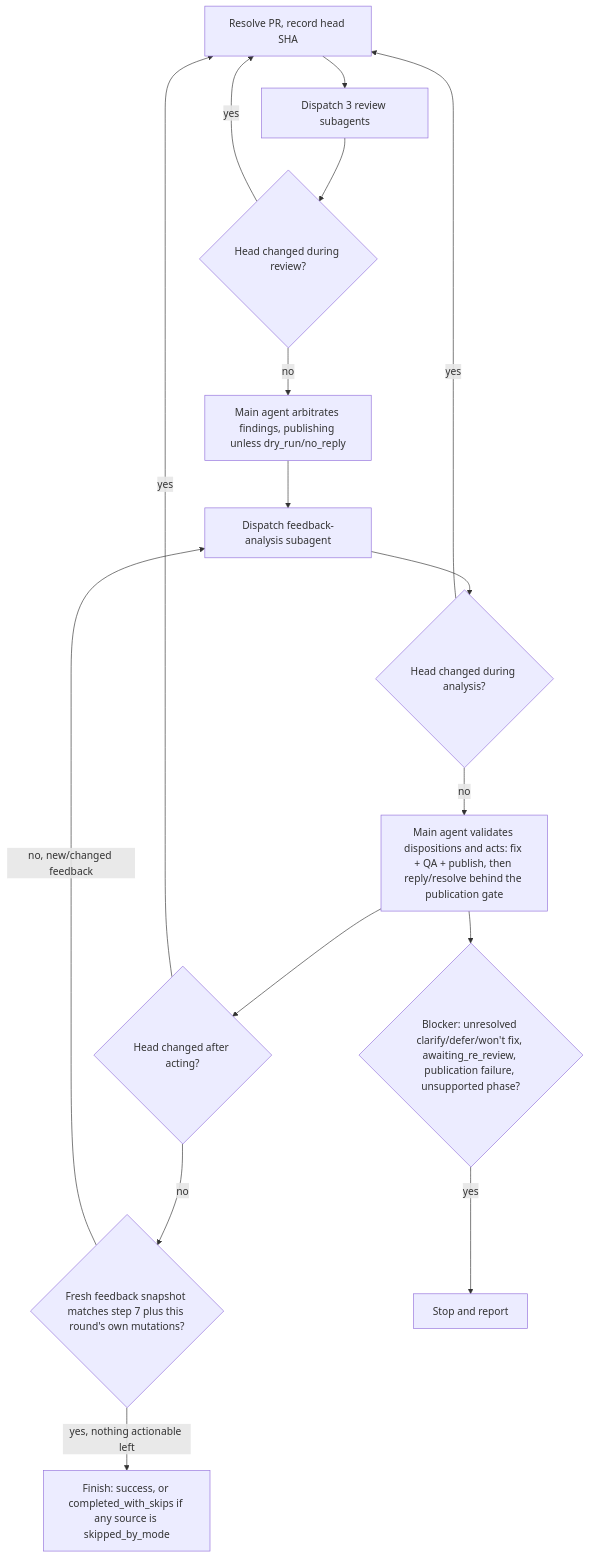
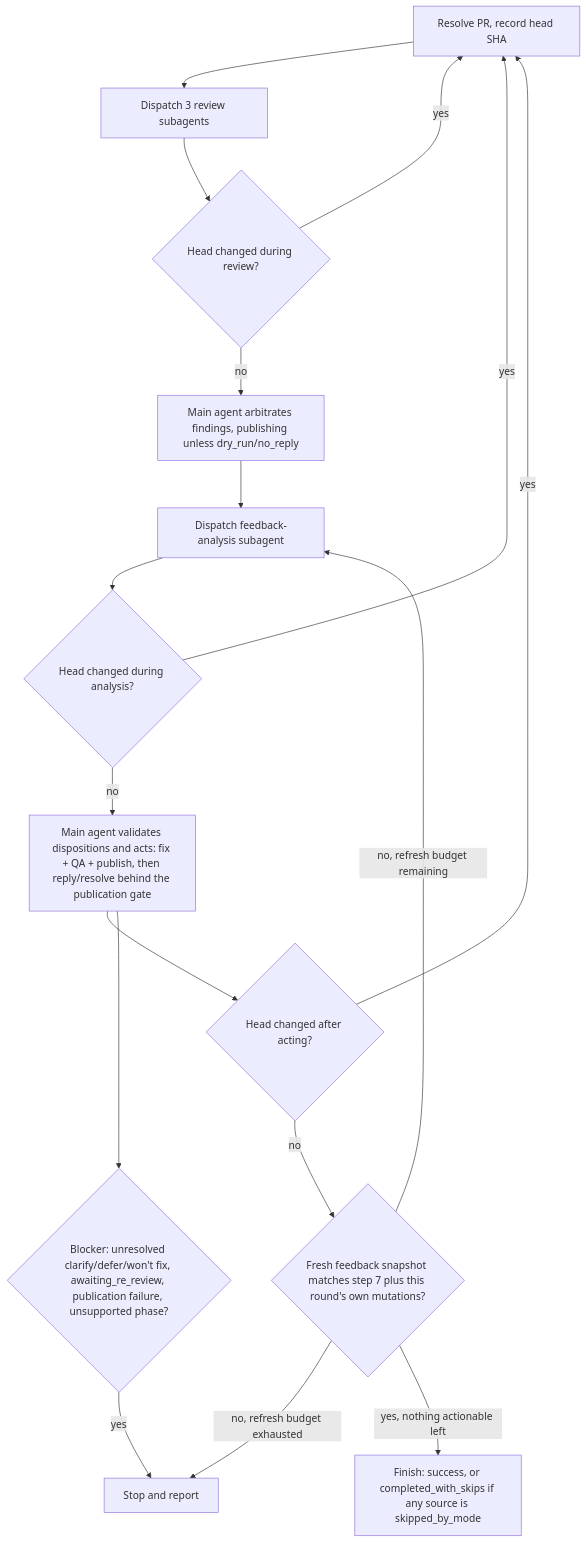
The diagram in skills/pr-loop/SKILL.md (dceoy/ai-coding-agent-skills), drawn with Mermaid before and after one commit. The commit also changed other lines of this file, not shown here.

First line of the commit message:
Bound same-head feedback refresh and tie awaiting_re_review purely to GitHub reviewer state in pr-loop

````diff
--- a/skills/pr-loop/SKILL.md
+++ b/skills/pr-loop/SKILL.md
@@ -269,18 +277,19 @@
 ```mermaid
 flowchart TD
   A[Resolve PR, record head SHA] --> B[Dispatch 3 review subagents]
   B --> C{Head changed during review?}
   C -->|yes| A
   C -->|no| D[Main agent arbitrates findings, publishing unless dry_run/no_reply]
   D --> E[Dispatch feedback-analysis subagent]
   E --> F{Head changed during analysis?}
   F -->|yes| A
   F -->|no| G[Main agent validates dispositions and acts: fix + QA + publish, then reply/resolve behind the publication gate]
   G --> H{Head changed after acting?}
   H -->|yes| A
   H -->|no| L{Fresh feedback snapshot matches step 7 plus this round's own mutations?}
-  L -->|no, new/changed feedback| E
+  L -->|no, refresh budget remaining| E
+  L -->|no, refresh budget exhausted| K
   L -->|yes, nothing actionable left| I[Finish: success, or completed_with_skips if any source is skipped_by_mode]
   G --> J{Blocker: unresolved clarify/defer/won't fix, awaiting_re_review, publication failure, unsupported phase?}
   J -->|yes| K[Stop and report]
 ```
````
